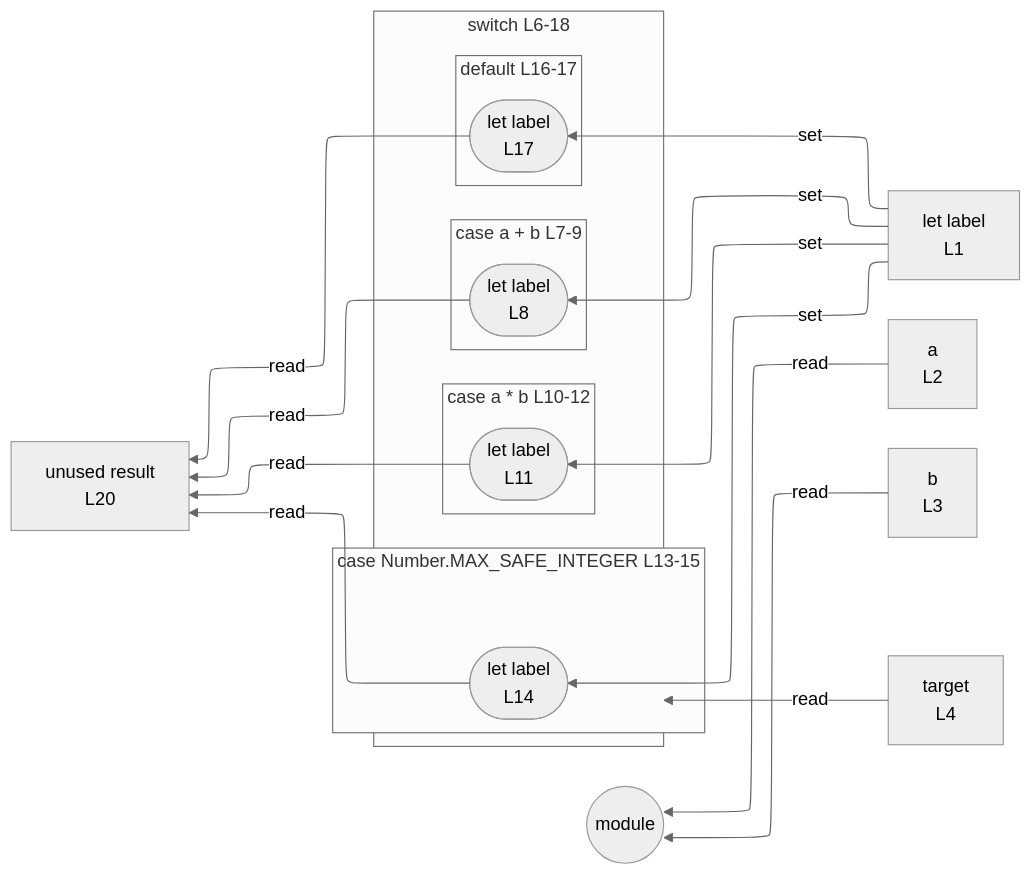
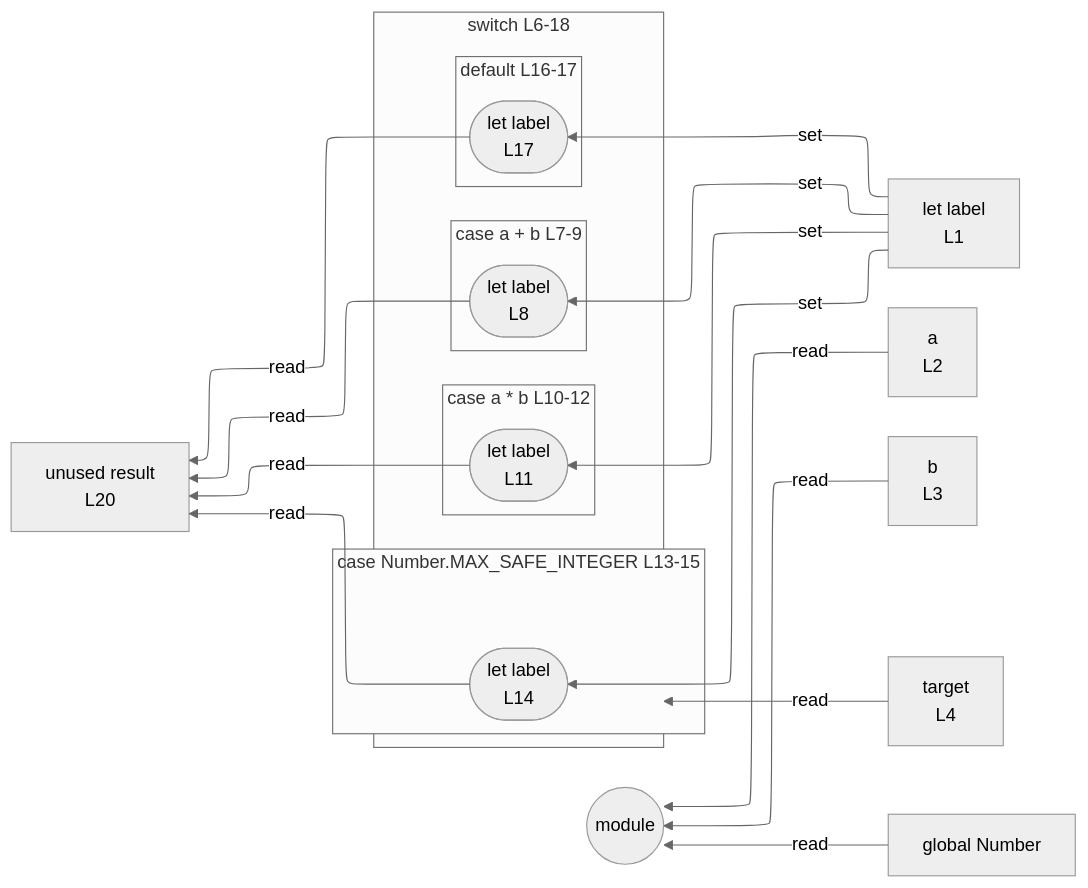
Before and after one commit to crescware/unsnarl: the diagram in integration/fixtures/control-switch-expression/preview.md, drawn with Mermaid (neutral theme). The commit also changed 107 other files, not shown here.

````diff
--- a/integration/fixtures/control-switch-expression/preview.md
+++ b/integration/fixtures/control-switch-expression/preview.md
@@ -30,40 +30,42 @@
 ```mermaid
 %%{init: {"flowchart": {"defaultRenderer": "elk"}}}%%
 flowchart RL
   n_scope_0_label_4["let label<br/>L1"]
   n_scope_0_a_22["a<br/>L2"]
   n_scope_0_b_35["b<br/>L3"]
   n_scope_0_target_48["target<br/>L4"]
   n_scope_0_result_304["unused result<br/>L20"]
+  n_scope_0_Number_178["global Number"]
   subgraph s_scope_1["switch L6-18"]
     direction RL
     subgraph s_scope_2["case a + b L7-9"]
       direction RL
       wr_ref_3(["let label<br/>L8"])
     end
     subgraph s_scope_3["case a * b L10-12"]
       direction RL
       wr_ref_6(["let label<br/>L11"])
     end
     subgraph s_scope_4["case Number.MAX_SAFE_INTEGER L13-15"]
       direction RL
       wr_ref_8(["let label<br/>L14"])
     end
     subgraph s_scope_5["default L16-17"]
       direction RL
       wr_ref_9(["let label<br/>L17"])
     end
   end
   n_scope_0_label_4 -->|set| wr_ref_3
   n_scope_0_label_4 -->|set| wr_ref_6
   n_scope_0_label_4 -->|set| wr_ref_8
   n_scope_0_label_4 -->|set| wr_ref_9
   n_scope_0_target_48 -->|read| s_scope_1
   n_scope_0_a_22 -->|read| module_root
   n_scope_0_b_35 -->|read| module_root
+  n_scope_0_Number_178 -->|read| module_root
   wr_ref_3 -->|read| n_scope_0_result_304
   wr_ref_6 -->|read| n_scope_0_result_304
   wr_ref_8 -->|read| n_scope_0_result_304
   wr_ref_9 -->|read| n_scope_0_result_304
   module_root((module))
 ```
````
